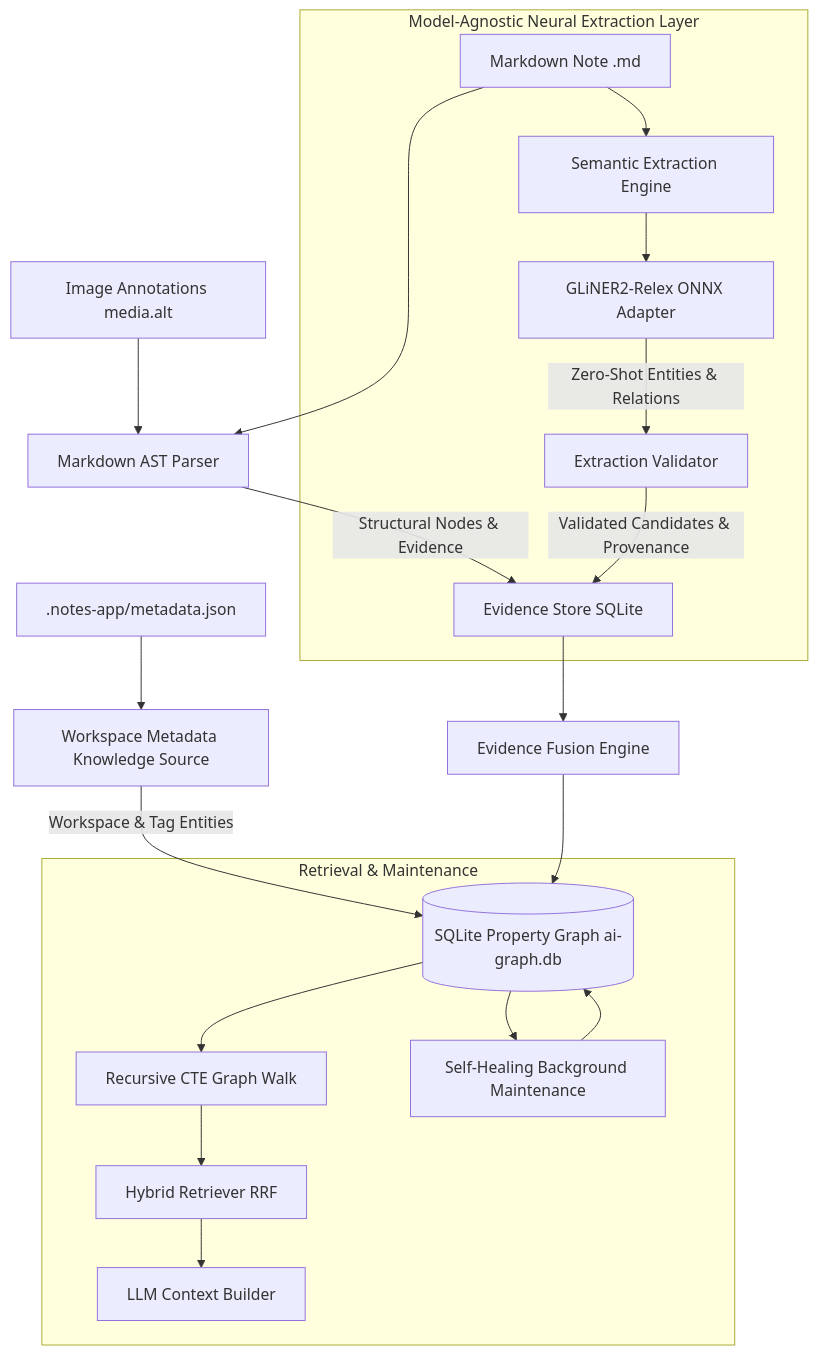
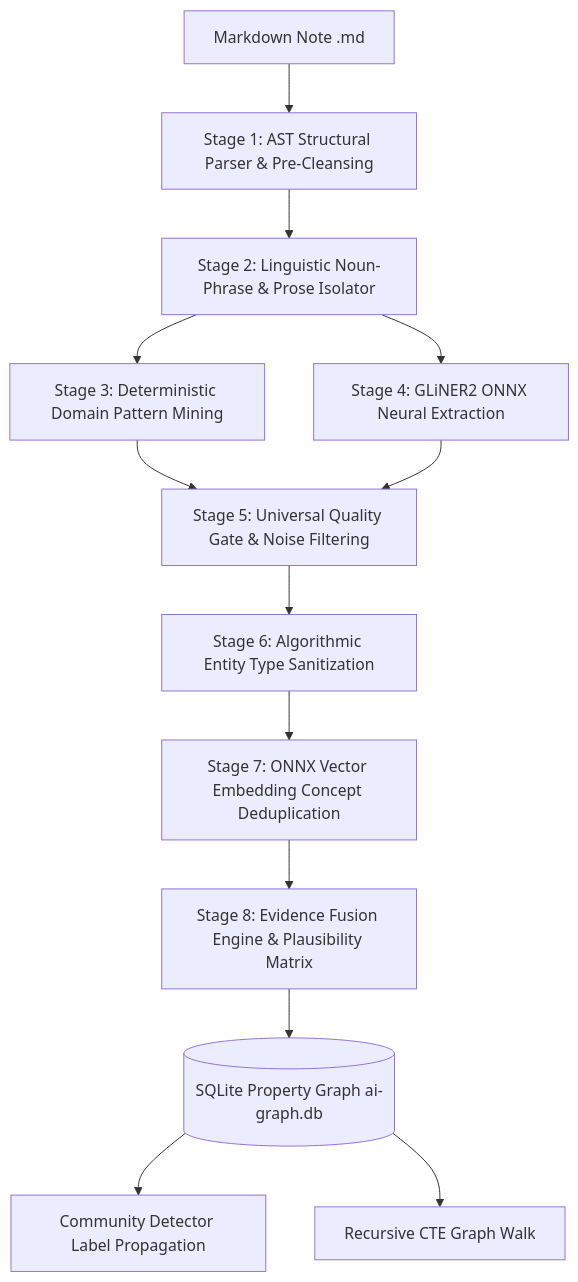
The first of 3 diagrams in docs/ai/knowledge-graph.md (TheNotelyApp/Notely), drawn with Mermaid before and after one commit. The commit also changed other lines of this file and 1 other file, not shown here.

First line of the commit message:
chore(graph): clean up edge type consolidation and sync VitePress docs

````diff
--- a/docs/ai/knowledge-graph.md
+++ b/docs/ai/knowledge-graph.md
@@ -11,27 +11,15 @@
 ```mermaid
 flowchart TD
-    MD[Markdown Note .md] --> AST[Markdown AST Parser]
-    META[.notes-app/metadata.json] --> METASRC[Workspace Metadata Knowledge Source]
-    IMG[Image Annotations media.alt] --> AST
+    MD[Markdown Note .md] --> S1[Stage 1: AST Structural Parser & Pre-Cleansing]
+    S1 --> S2[Stage 2: Linguistic Noun-Phrase & Prose Isolator]
+    S2 --> S3[Stage 3: Deterministic Domain Pattern Mining]
+    S2 --> S4[Stage 4: GLiNER2 ONNX Neural Extraction]
+    S3 & S4 --> S5[Stage 5: Universal Quality Gate & Noise Filtering]
+    S5 --> S6[Stage 6: Algorithmic Entity Type Sanitization]
+    S6 --> S7[Stage 7: ONNX Vector Embedding Concept Deduplication]
+    S7 --> S8[Stage 8: Evidence Fusion Engine & Plausibility Matrix]
     
-    AST -->|Structural Nodes & Evidence| EV[Evidence Store SQLite]
-    METASRC -->|Workspace & Tag Entities| DB[(SQLite Property Graph ai-graph.db)]
-    
-    subgraph Model-Agnostic Neural Extraction Layer
-        MD --> SEE[Semantic Extraction Engine]
-        SEE --> ADAP[GLiNER2-Relex ONNX Adapter]
-        ADAP -->|Zero-Shot Entities & Relations| VAL[Extraction Validator]
-        VAL -->|Validated Candidates & Provenance| EV
-    end
-    
-    EV --> FUSE[Evidence Fusion Engine]
-    FUSE --> DB
-    
-    subgraph Retrieval & Maintenance
-        DB --> CTE[Recursive CTE Graph Walk]
-        DB --> MAINT[Self-Healing Background Maintenance]
-        CTE --> HYB[Hybrid Retriever RRF]
-        HYB --> LLM[LLM Context Builder]
-        MAINT --> DB
-    end
+    S8 --> DB[(SQLite Property Graph ai-graph.db)]
+    DB --> CD[Community Detector Label Propagation]
+    DB --> CTE[Recursive CTE Graph Walk]
 ```
````
